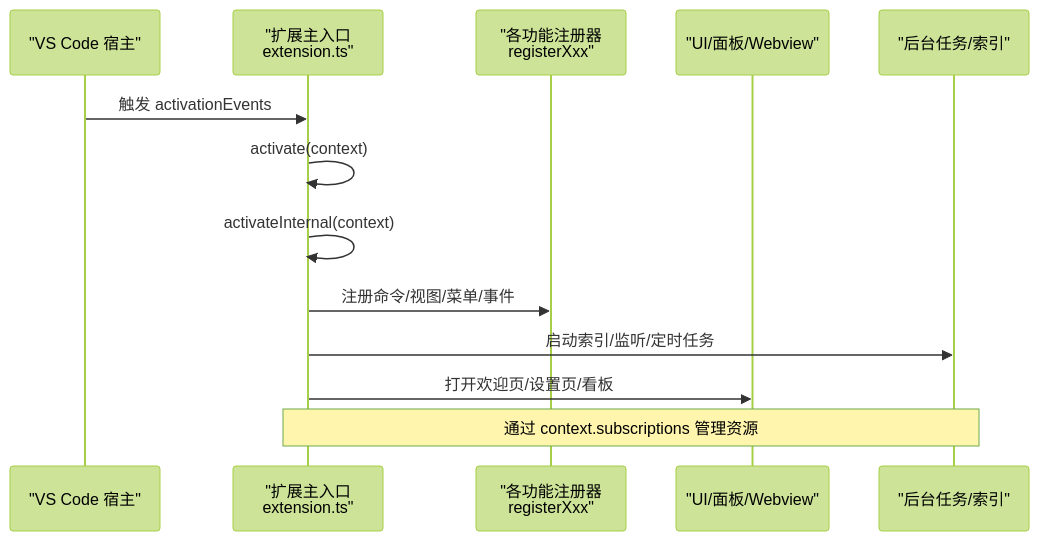
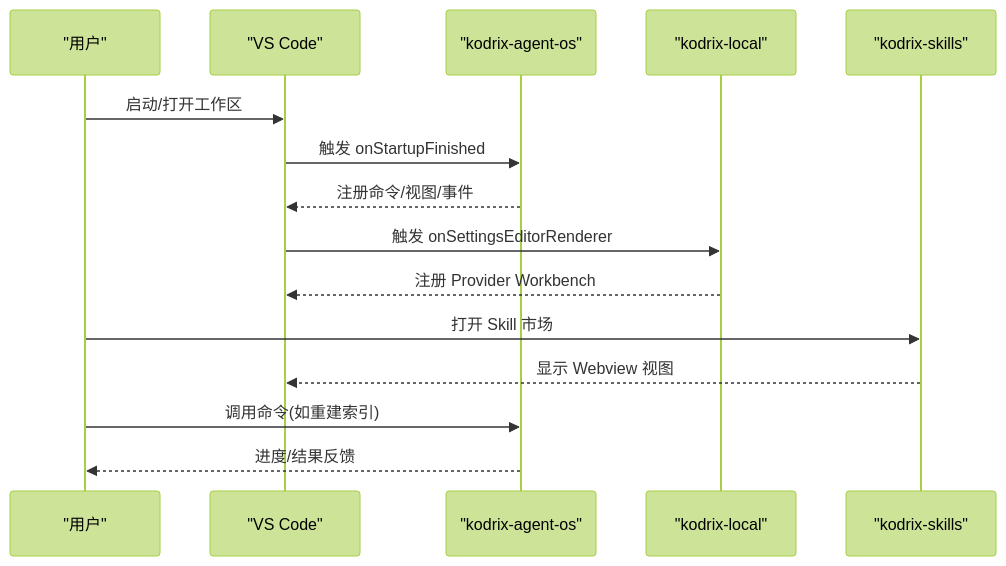
The second of 6 diagrams in .qoder/repowiki/zh/content/扩展开发/扩展开发.md (sofate798/KodrixCode), drawn with Mermaid (forest theme) before and after one commit. The commit also changed other lines of this file and 178 other files, not shown here.

````diff
--- a/.qoder/repowiki/zh/content/扩展开发/扩展开发.md
+++ b/.qoder/repowiki/zh/content/扩展开发/扩展开发.md
@@ -95,15 +96,17 @@
 ```mermaid
 sequenceDiagram
-participant VSCode as "VS Code 宿主"
-participant Ext as "扩展主入口<br/>extension.ts"
-participant Reg as "各功能注册器<br/>registerXxx"
-participant UI as "UI/面板/Webview"
-participant Task as "后台任务/索引"
-VSCode->>Ext : 触发 activationEvents
-Ext->>Ext : activate(context)
-Ext->>Ext : activateInternal(context)
-Ext->>Reg : 注册命令/视图/菜单/事件
-Ext->>Task : 启动索引/监听/定时任务
-Ext->>UI : 打开欢迎页/设置页/看板
-Note over Ext,Task : 通过 context.subscriptions 管理资源
+participant User as "用户"
+participant VS as "VS Code"
+participant AOS as "kodrix-agent-os"
+participant Local as "kodrix-local"
+participant Skills as "kodrix-skills"
+User->>VS : 启动/打开工作区
+VS->>AOS : 触发 onStartupFinished
+AOS-->>VS : 注册命令/视图/事件
+VS->>Local : 触发 onSettingsEditorRenderer
+Local-->>VS : 注册 Provider Workbench
+User->>Skills : 打开 Skill 市场
+Skills-->>VS : 显示 Webview 视图
+User->>AOS : 调用命令(如重建索引)
+AOS-->>User : 进度/结果反馈
 ```
````
